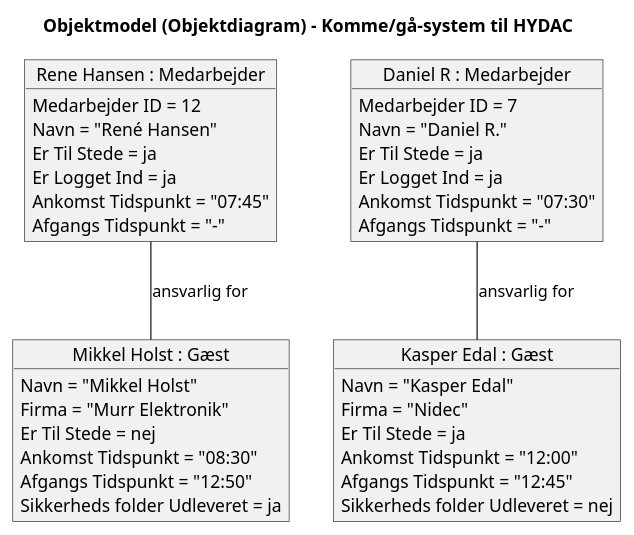
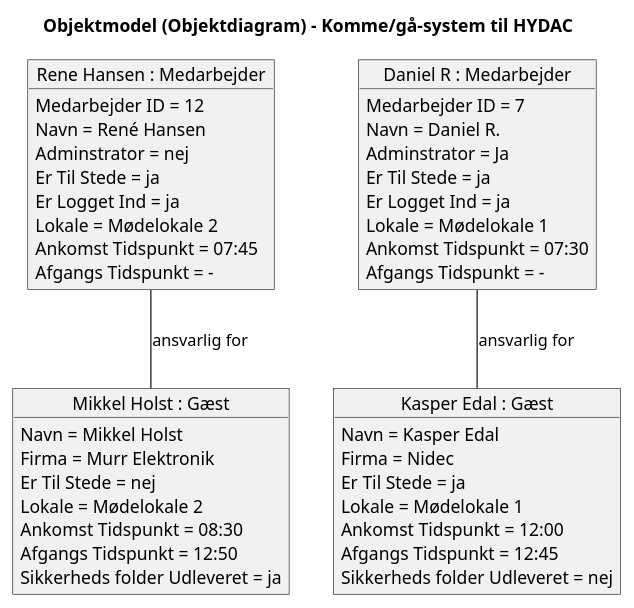
Before and after one commit to albla20/HydacTeamA4: the diagram in Artifacts/Objektmodel.puml, drawn with PlantUML. The commit also changed 2 other files, not shown here.

```diff
--- a/Artifacts/Objektmodel.puml
+++ b/Artifacts/Objektmodel.puml
@@ -2,44 +2,50 @@
 @startuml Objektmodel
 title Objektmodel (Objektdiagram) - Komme/gå-system til HYDAC
 skinparam objectAttributeIconSize 0
 
 object "Rene Hansen : Medarbejder" as reneHansen {
   Medarbejder ID = 12
-  Navn = "René Hansen"
+  Navn = René Hansen
+  Adminstrator = nej
   Er Til Stede = ja
   Er Logget Ind = ja
-  Ankomst Tidspunkt = "07:45"
-  Afgangs Tidspunkt = "-"
+  Lokale = Mødelokale 2
+  Ankomst Tidspunkt = 07:45
+  Afgangs Tidspunkt = -
 }
 
 object "Daniel R : Medarbejder" as danielR {
   Medarbejder ID = 7
-  Navn = "Daniel R."
+  Navn = Daniel R.
+  Adminstrator = Ja
   Er Til Stede = ja
   Er Logget Ind = ja
-  Ankomst Tidspunkt = "07:30"
-  Afgangs Tidspunkt = "-"
+  Lokale = Mødelokale 1
+  Ankomst Tidspunkt = 07:30
+  Afgangs Tidspunkt = -
 }
 
 object "Mikkel Holst : Gæst" as mikkelHolst {
-  Navn = "Mikkel Holst"
-  Firma = "Murr Elektronik"
+  Navn = Mikkel Holst
+  Firma = Murr Elektronik
   Er Til Stede = nej
-  Ankomst Tidspunkt = "08:30"
-  Afgangs Tidspunkt = "12:50"
+  Lokale = Mødelokale 2
+  Ankomst Tidspunkt = 08:30
+  Afgangs Tidspunkt = 12:50
   Sikkerheds folder Udleveret = ja
 }
 
 object "Kasper Edal : Gæst" as kasperEdal {
-  Navn = "Kasper Edal"
-  Firma = "Nidec"
+  Navn = Kasper Edal
+  Firma = Nidec
   Er Til Stede = ja
-  Ankomst Tidspunkt = "12:00"
-  Afgangs Tidspunkt = "12:45"
+  Lokale = Mødelokale 1
+  Ankomst Tidspunkt = 12:00
+  Afgangs Tidspunkt = 12:45
   Sikkerheds folder Udleveret = nej
 }
 
 reneHansen -- mikkelHolst : ansvarlig for
 danielR -- kasperEdal : ansvarlig for
 
 @enduml
```
